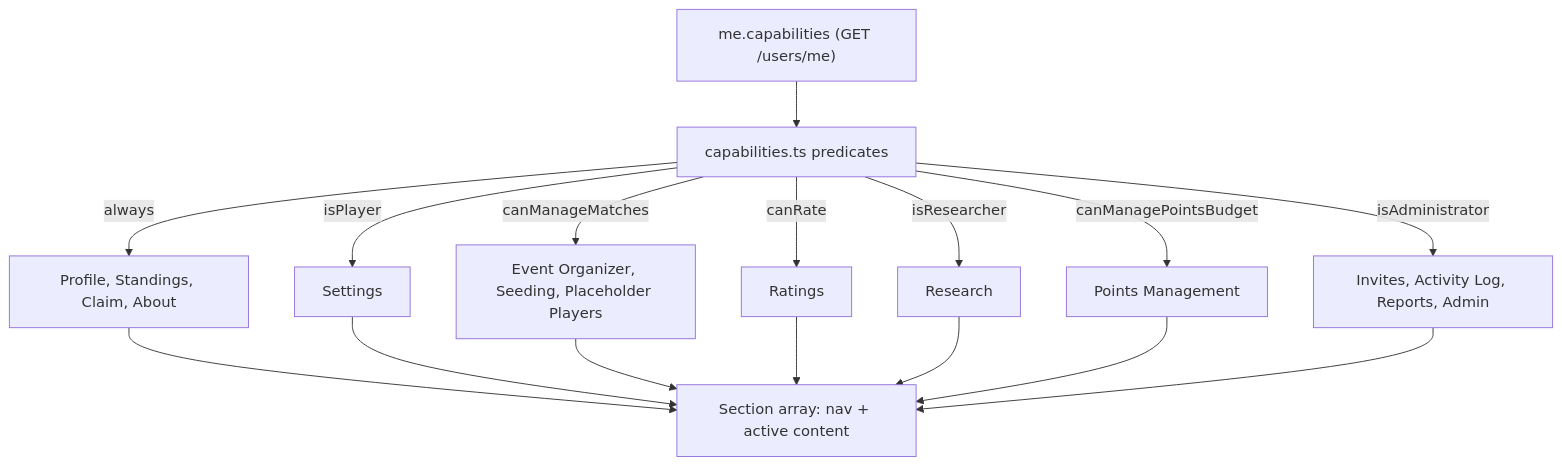
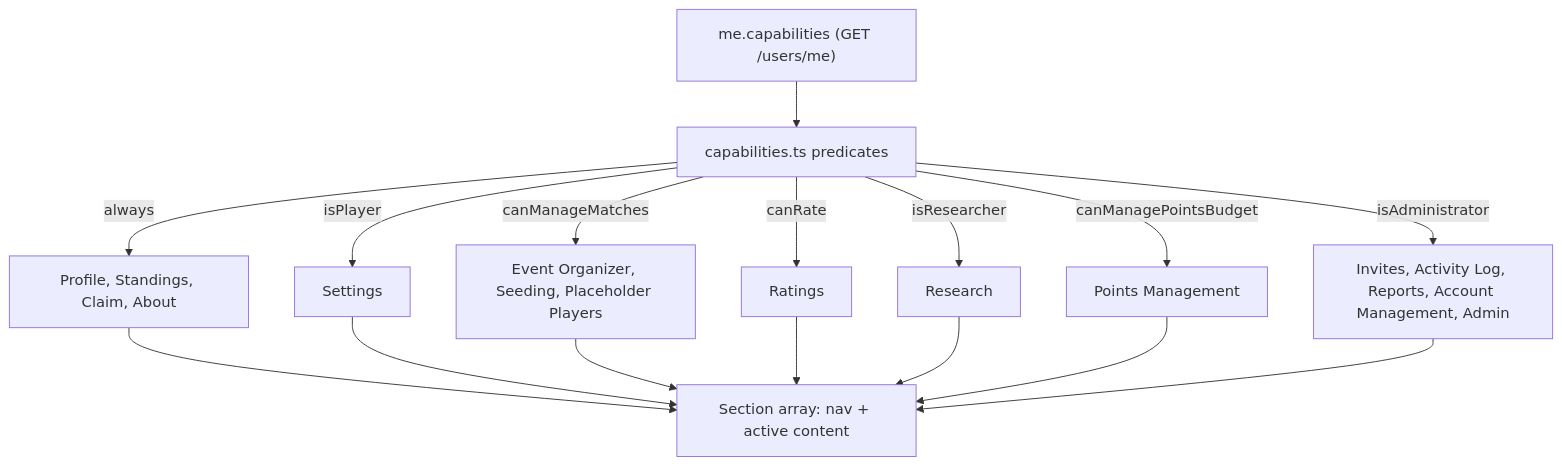
Before and after one commit to cybergrouch/skopeo: the fifth of 5 diagrams in docs/engineering/architecture/WEB_UI_ARCHITECTURE.md, drawn with Mermaid. The commit also changed other lines of this file and 2 other files, not shown here.

First line of the commit message:
docs(#648): add Account Management tab to the dashboard tab lists

````diff
--- a/docs/engineering/architecture/WEB_UI_ARCHITECTURE.md
+++ b/docs/engineering/architecture/WEB_UI_ARCHITECTURE.md
@@ -262,18 +263,18 @@
 ```mermaid
 flowchart TD
     Me["me.capabilities (GET /users/me)"] --> Pred["capabilities.ts predicates"]
     Pred -->|always| Always["Profile, Standings, Claim, About"]
     Pred -->|isPlayer| Settings[Settings]
     Pred -->|canManageMatches| Org["Event Organizer, Seeding, Placeholder Players"]
     Pred -->|canRate| Ratings[Ratings]
     Pred -->|isResearcher| Research[Research]
     Pred -->|canManagePointsBudget| Points[Points Management]
-    Pred -->|isAdministrator| Adm["Invites, Activity Log, Reports, Admin"]
+    Pred -->|isAdministrator| Adm["Invites, Activity Log, Reports, Account Management, Admin"]
     Always --> Sec["Section array: nav + active content"]
     Settings --> Sec
     Org --> Sec
     Ratings --> Sec
     Research --> Sec
     Points --> Sec
     Adm --> Sec
 ```
````
